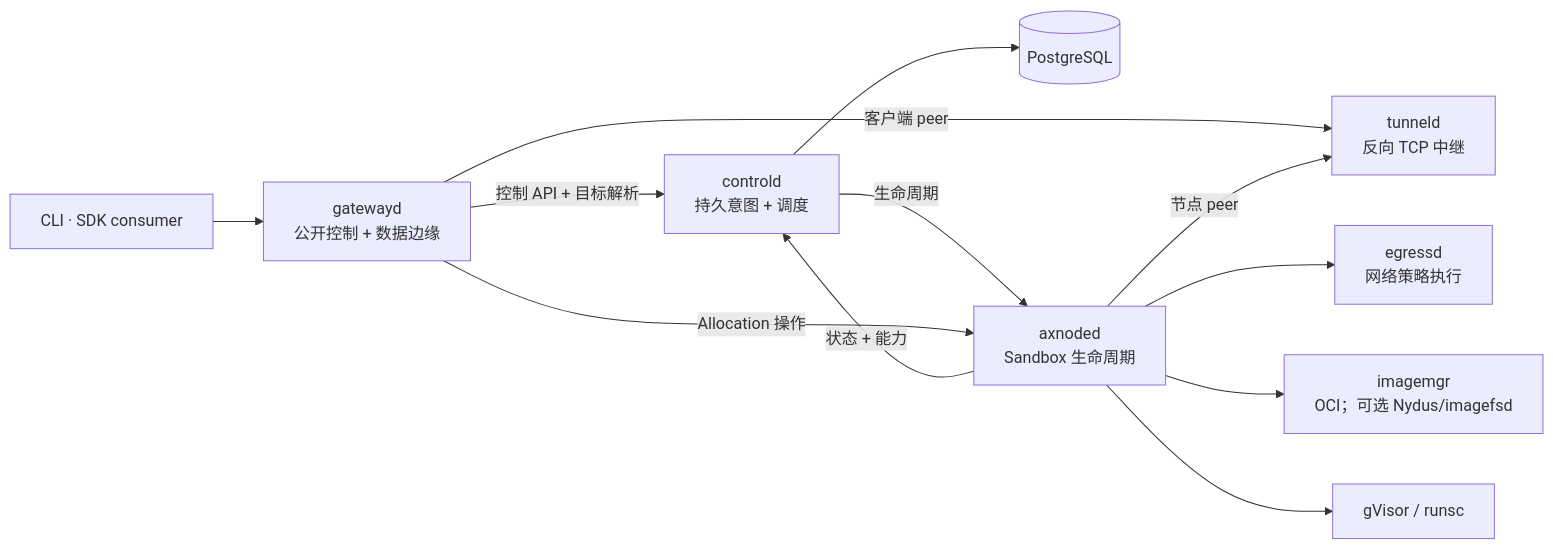
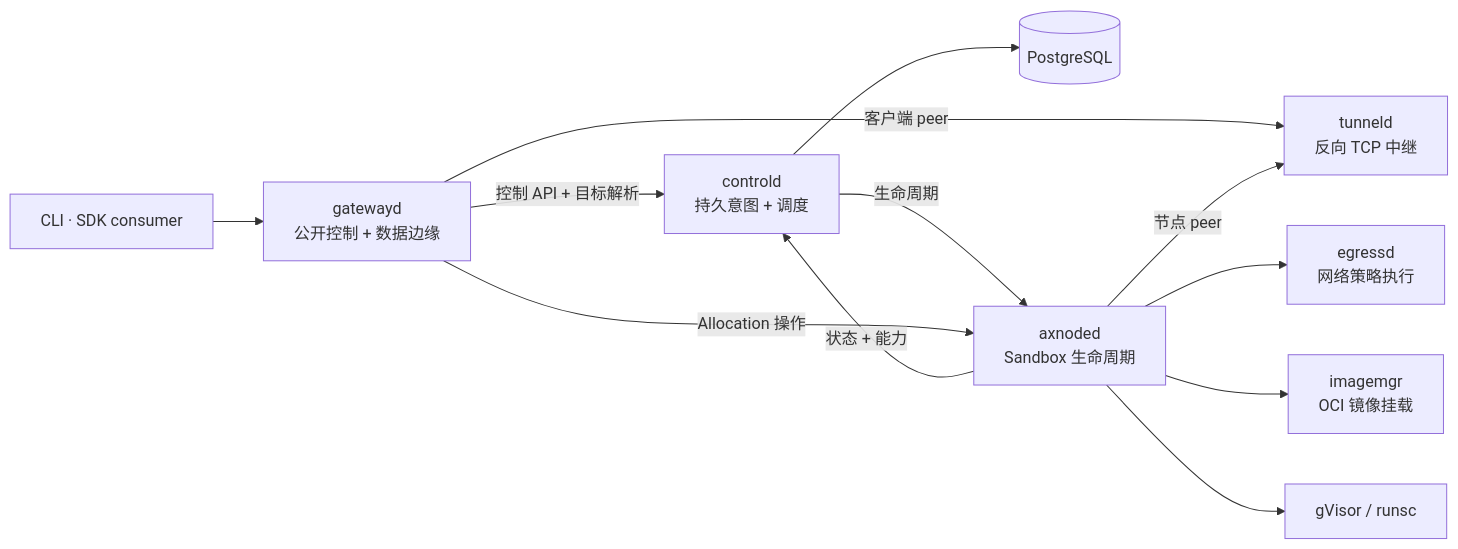
The diagram in apps/docs/src/content/docs/zh-cn/architecture/index.md (cofy-x/axern), drawn with Mermaid before and after one commit. The commit also changed other lines of this file and 499 other files, not shown here.

````diff
--- a/apps/docs/src/content/docs/zh-cn/architecture/index.md
+++ b/apps/docs/src/content/docs/zh-cn/architecture/index.md
@@ -8,14 +8,14 @@
 ```mermaid
 flowchart LR
     Clients["CLI · SDK consumer"] --> Gateway["gatewayd\n公开控制 + 数据边缘"]
     Gateway -->|控制 API + 目标解析| Control["controld\n持久意图 + 调度"]
     Control --> Postgres[(PostgreSQL)]
     Control -->|生命周期| Node["axnoded\nSandbox 生命周期"]
     Node -->|状态 + 能力| Control
     Gateway -->|Allocation 操作| Node
     Gateway -->|客户端 peer| Tunnel["tunneld\n反向 TCP 中继"]
     Node -->|节点 peer| Tunnel
     Node --> Egress["egressd\n网络策略执行"]
-    Node --> Image["imagemgr\nOCI；可选 Nydus/imagefsd"]
+    Node --> Image["imagemgr\nOCI 镜像挂载"]
     Node --> Runtime["gVisor / runsc"]
 ```
````
